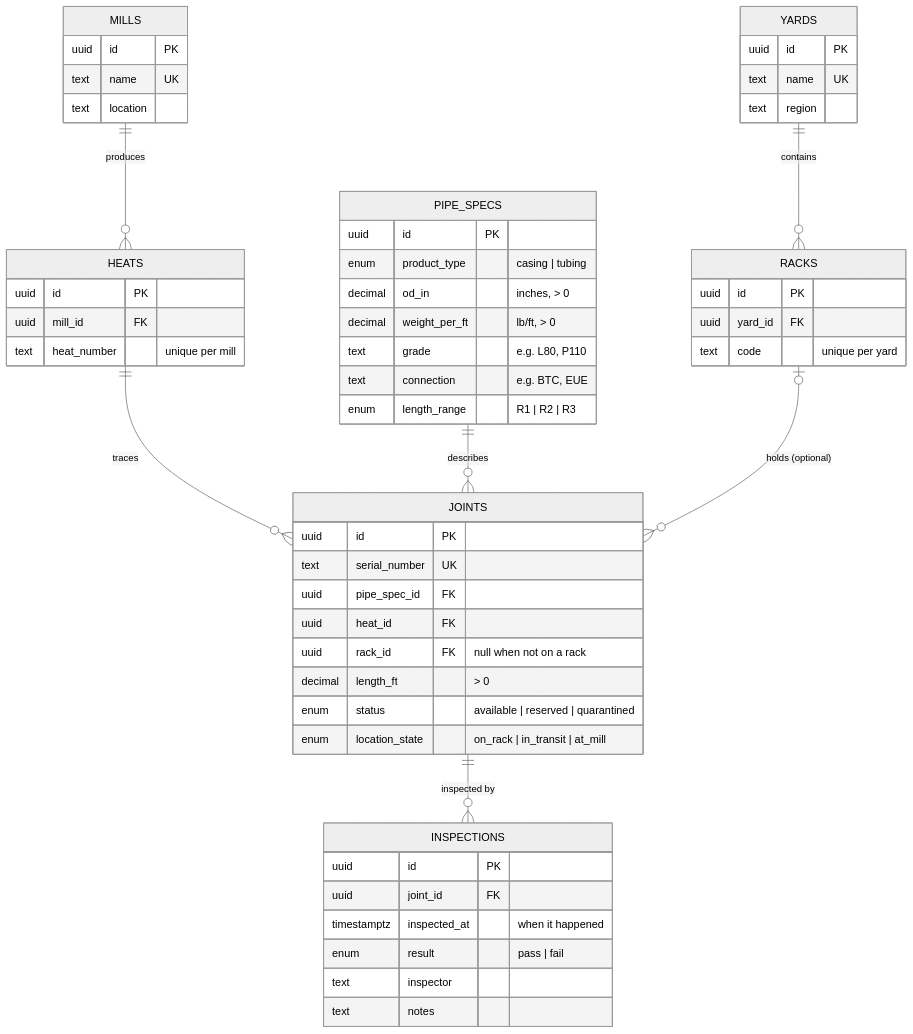
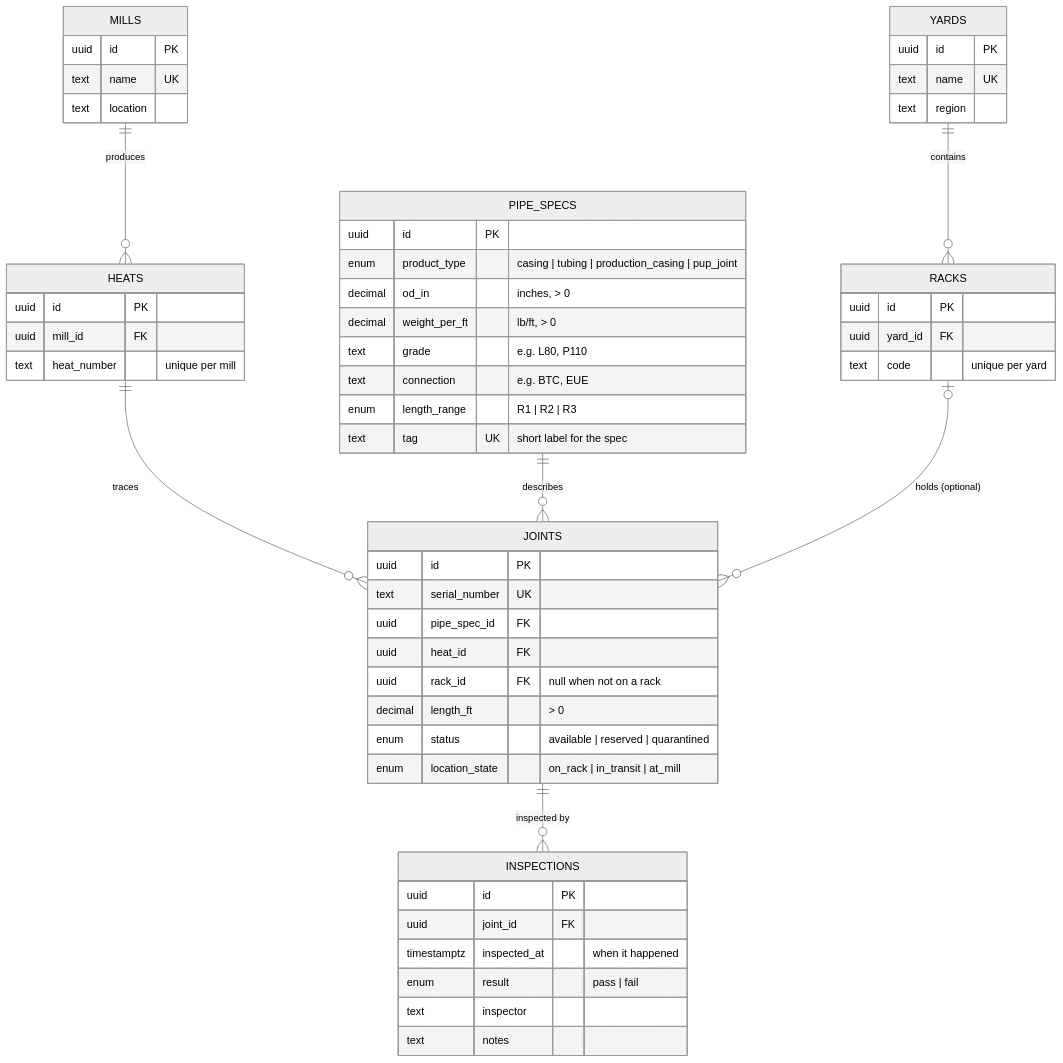
One commit to evelandy/octg-inventory-agent changed the diagram in docs/schema.md. Above: the diagram before and after it, drawn with Mermaid (neutral theme). The commit also changed other lines of this file and 11 other files, not shown here.

````diff
--- a/docs/schema.md
+++ b/docs/schema.md
@@ -7,57 +7,58 @@
 ```mermaid
 erDiagram
     MILLS ||--o{ HEATS : "produces"
     HEATS ||--o{ JOINTS : "traces"
     PIPE_SPECS ||--o{ JOINTS : "describes"
     YARDS ||--o{ RACKS : "contains"
     RACKS |o--o{ JOINTS : "holds (optional)"
     JOINTS ||--o{ INSPECTIONS : "inspected by"
 
     MILLS {
         uuid id PK
         text name UK
         text location
     }
     HEATS {
         uuid id PK
         uuid mill_id FK
         text heat_number "unique per mill"
     }
     PIPE_SPECS {
         uuid id PK
-        enum product_type "casing | tubing"
+        enum product_type "casing | tubing | production_casing | pup_joint"
         decimal od_in "inches, > 0"
         decimal weight_per_ft "lb/ft, > 0"
         text grade "e.g. L80, P110"
         text connection "e.g. BTC, EUE"
         enum length_range "R1 | R2 | R3"
+        text tag UK "short label for the spec"
     }
     YARDS {
         uuid id PK
         text name UK
         text region
     }
     RACKS {
         uuid id PK
         uuid yard_id FK
         text code "unique per yard"
     }
     JOINTS {
         uuid id PK
         text serial_number UK
         uuid pipe_spec_id FK
         uuid heat_id FK
         uuid rack_id FK "null when not on a rack"
         decimal length_ft "> 0"
         enum status "available | reserved | quarantined"
         enum location_state "on_rack | in_transit | at_mill"
     }
     INSPECTIONS {
         uuid id PK
         uuid joint_id FK
         timestamptz inspected_at "when it happened"
         enum result "pass | fail"
         text inspector
         text notes
     }
 ```
````
